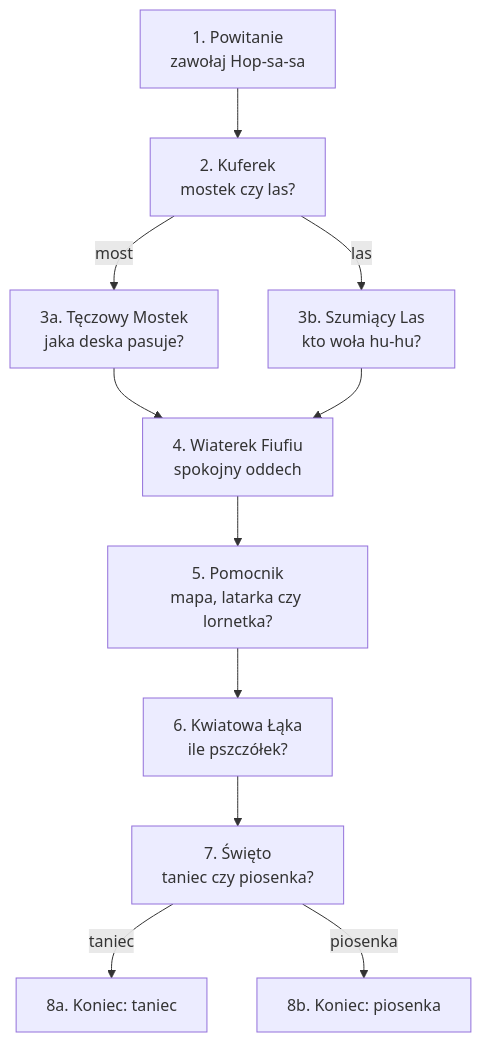
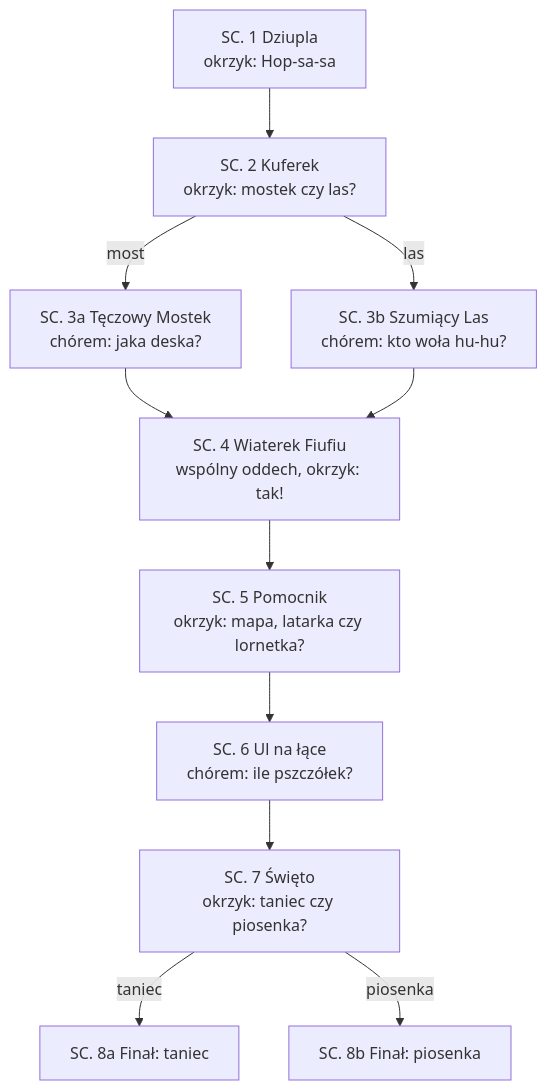
The diagram in scenarios/klub_ciekawskich.md (KsaweryTrebacz/FilmSpringOpen2026), drawn with Mermaid before and after one commit. The commit also changed other lines of this file and 2 other files, not shown here.

````diff
--- a/scenarios/klub_ciekawskich.md
+++ b/scenarios/klub_ciekawskich.md
@@ -53,13 +46,13 @@
 ```mermaid
 flowchart TD
-    powitanie["1. Powitanie<br/>zawołaj Hop-sa-sa"] --> kuferek["2. Kuferek<br/>mostek czy las?"]
-    kuferek -->|most| most["3a. Tęczowy Mostek<br/>jaka deska pasuje?"]
-    kuferek -->|las| las["3b. Szumiący Las<br/>kto woła hu-hu?"]
-    most --> wiaterek["4. Wiaterek Fiufiu<br/>spokojny oddech"]
+    powitanie["SC. 1 Dziupla<br/>okrzyk: Hop-sa-sa"] --> kuferek["SC. 2 Kuferek<br/>okrzyk: mostek czy las?"]
+    kuferek -->|most| most["SC. 3a Tęczowy Mostek<br/>chórem: jaka deska?"]
+    kuferek -->|las| las["SC. 3b Szumiący Las<br/>chórem: kto woła hu-hu?"]
+    most --> wiaterek["SC. 4 Wiaterek Fiufiu<br/>wspólny oddech, okrzyk: tak!"]
     las --> wiaterek
-    wiaterek --> pomocnik["5. Pomocnik<br/>mapa, latarka czy lornetka?"]
-    pomocnik --> laka["6. Kwiatowa Łąka<br/>ile pszczółek?"]
-    laka --> swieto["7. Święto<br/>taniec czy piosenka?"]
-    swieto -->|taniec| koniec_taniec["8a. Koniec: taniec"]
-    swieto -->|piosenka| koniec_piosenka["8b. Koniec: piosenka"]
+    wiaterek --> pomocnik["SC. 5 Pomocnik<br/>okrzyk: mapa, latarka czy lornetka?"]
+    pomocnik --> laka["SC. 6 Ul na łące<br/>chórem: ile pszczółek?"]
+    laka --> swieto["SC. 7 Święto<br/>okrzyk: taniec czy piosenka?"]
+    swieto -->|taniec| koniec_taniec["SC. 8a Finał: taniec"]
+    swieto -->|piosenka| koniec_piosenka["SC. 8b Finał: piosenka"]
 ```
````
